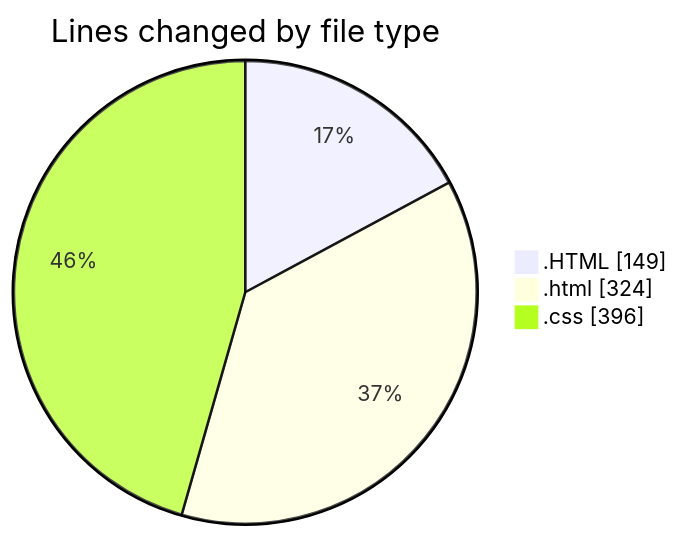
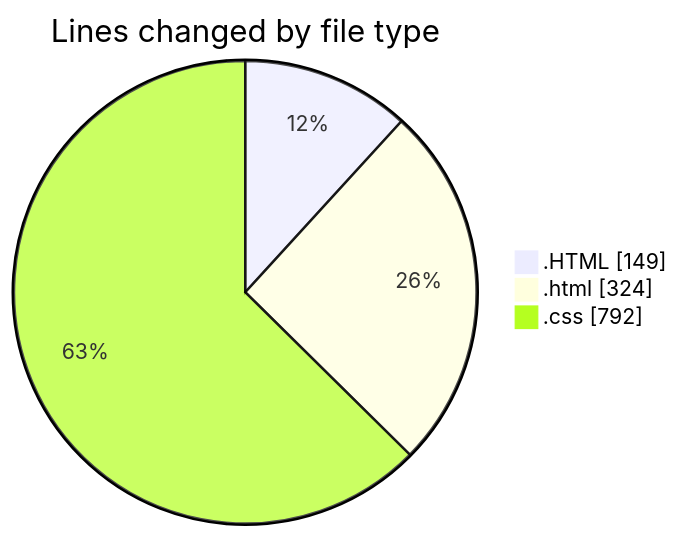
One commit to Unknowalive/code-tracking changed the first of 2 diagrams in 2026-09-03/web_tec_2026/README.md. Above: the diagram before and after it, drawn with Mermaid. The commit also changed other lines of this file and 1 other file, not shown here.

````diff
--- a/2026-09-03/web_tec_2026/README.md
+++ b/2026-09-03/web_tec_2026/README.md
@@ -25,7 +26,7 @@
 ```mermaid
 pie showData
 title Lines changed by file type
 ".HTML" : 149
 ".html" : 324
-".css" : 396
+".css" : 792
 ```
````
